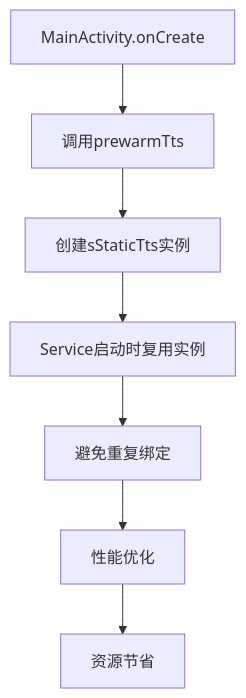
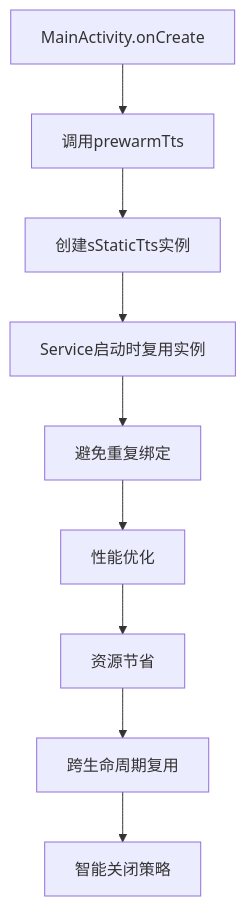
One commit to zhao-zg/cx changed diagram 12 of 13 in .qoder/repowiki/zh/content/移动应用开发/TTS静态实例管理系统.md. Above: the diagram before and after it, drawn with Mermaid. The commit also changed other lines of this file and 32 other files, not shown here.

````diff
--- a/.qoder/repowiki/zh/content/移动应用开发/TTS静态实例管理系统.md
+++ b/.qoder/repowiki/zh/content/移动应用开发/TTS静态实例管理系统.md
@@ -484,9 +577,11 @@
 ```mermaid
 flowchart TD
 A[MainActivity.onCreate] --> B[调用prewarmTts]
 B --> C[创建sStaticTts实例]
 C --> D[Service启动时复用实例]
 D --> E[避免重复绑定]
 E --> F[性能优化]
 F --> G[资源节省]
+G --> H[跨生命周期复用]
+H --> I[智能关闭策略]
 ```
````
